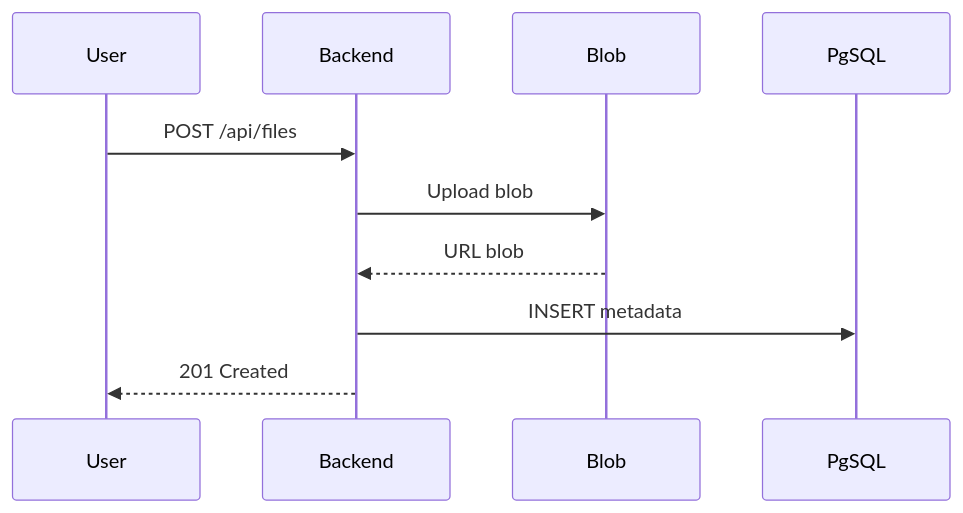
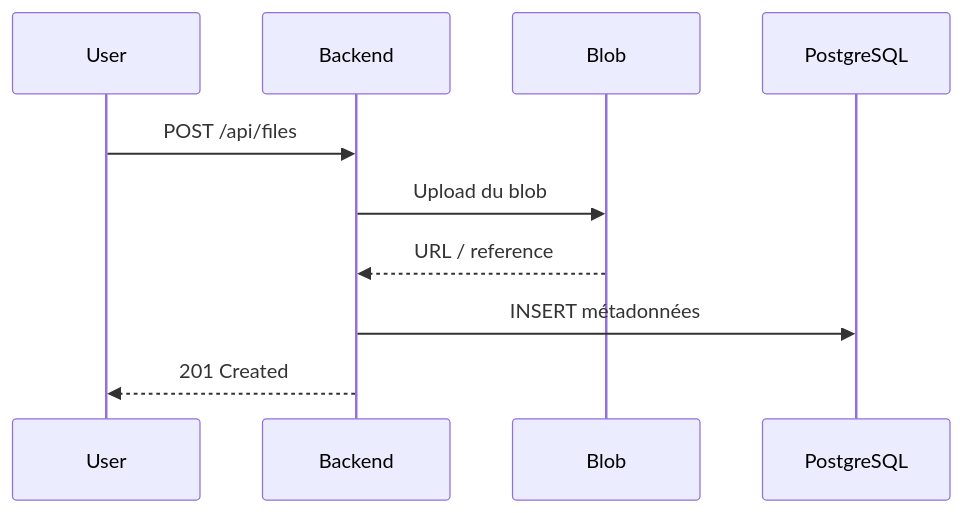
The second of 2 diagrams in slides/slides.md (Zowx/deploiement-appweb-azure), drawn with Mermaid before and after one commit. The commit also changed other lines of this file and 4 other files, not shown here.

````diff
--- a/slides/slides.md
+++ b/slides/slides.md
@@ -292,12 +169,12 @@
-```mermaid {scale: 0.5}
+```mermaid {scale: 0.62}
 sequenceDiagram
     participant U as User
-    participant B as Backend
-    participant S as Blob
-    participant DB as PgSQL
-    U->>B: POST /api/files
-    B->>S: Upload blob
-    S-->>B: URL blob
-    B->>DB: INSERT metadata
-    B-->>U: 201 Created
+    participant BE as Backend
+    participant BL as Blob
+    participant DB as PostgreSQL
+    U->>BE: POST /api/files
+    BE->>BL: Upload du blob
+    BL-->>BE: URL / reference
+    BE->>DB: INSERT métadonnées
+    BE-->>U: 201 Created
 ```
````
